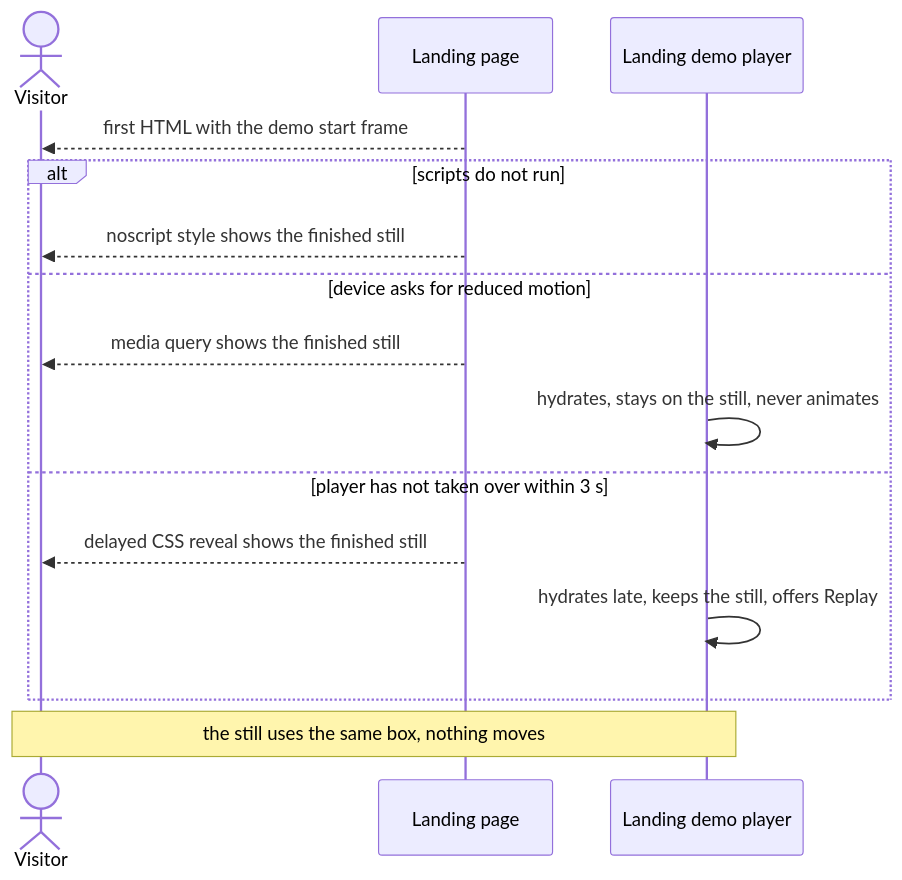
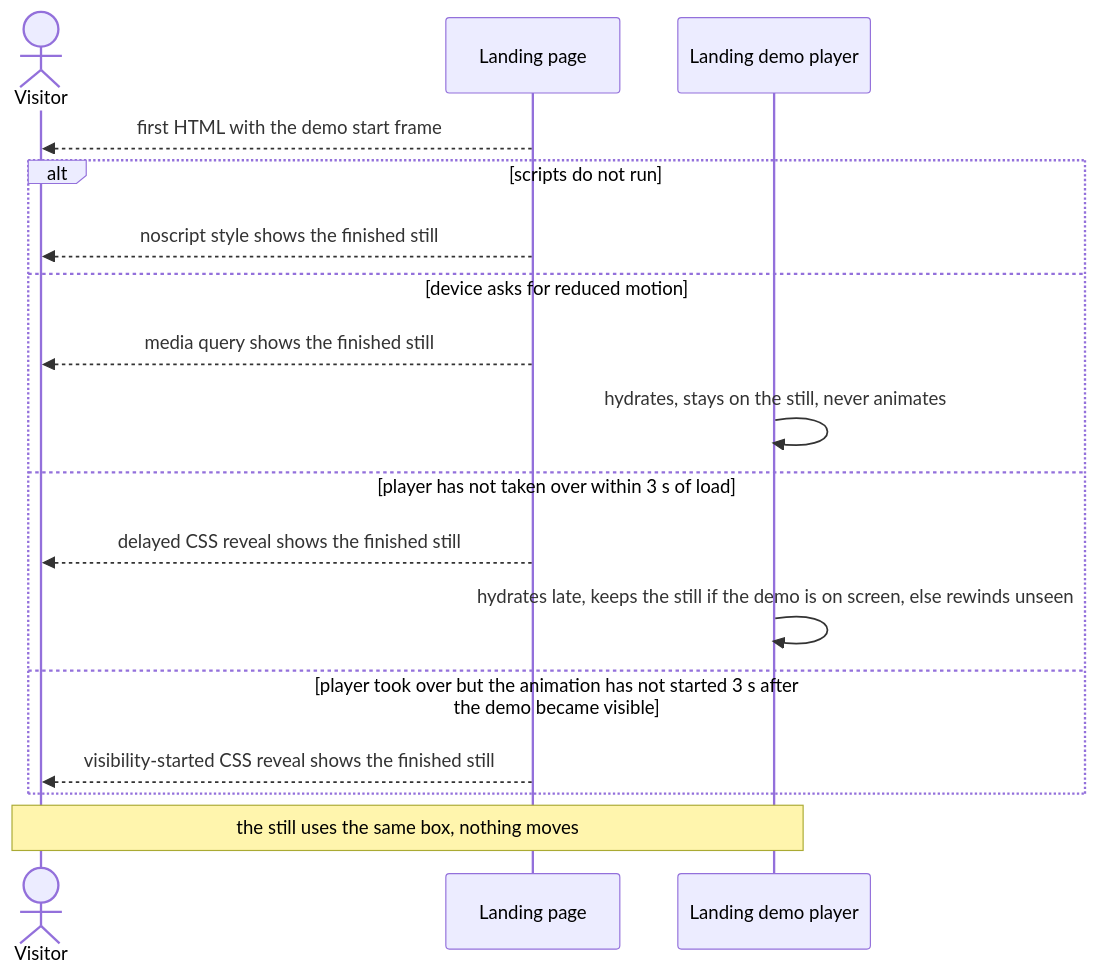
The fourth of 4 diagrams in docs/features/landing-update/sad.md (GopkoDev/invoiceForge), drawn with Mermaid before and after one commit. The commit also changed other lines of this file and 1 other file, not shown here.

Commit message:
design: landing-update finalization (critic pass)

````diff
--- a/docs/features/landing-update/sad.md
+++ b/docs/features/landing-update/sad.md
@@ -211,17 +212,19 @@
 ```mermaid
 sequenceDiagram
     actor Visitor
     participant LandingPage as Landing page
     participant Demo as Landing demo player
     LandingPage-->>Visitor: first HTML with the demo start frame
     alt scripts do not run
         LandingPage-->>Visitor: noscript style shows the finished still
     else device asks for reduced motion
         LandingPage-->>Visitor: media query shows the finished still
         Demo->>Demo: hydrates, stays on the still, never animates
-    else player has not taken over within 3 s
+    else player has not taken over within 3 s of load
         LandingPage-->>Visitor: delayed CSS reveal shows the finished still
-        Demo->>Demo: hydrates late, keeps the still, offers Replay
+        Demo->>Demo: hydrates late, keeps the still if the demo is on screen, else rewinds unseen
+    else player took over but the animation has not started 3 s after the demo became visible
+        LandingPage-->>Visitor: visibility-started CSS reveal shows the finished still
     end
     Note over Visitor,Demo: the still uses the same box, nothing moves
 ```
````
